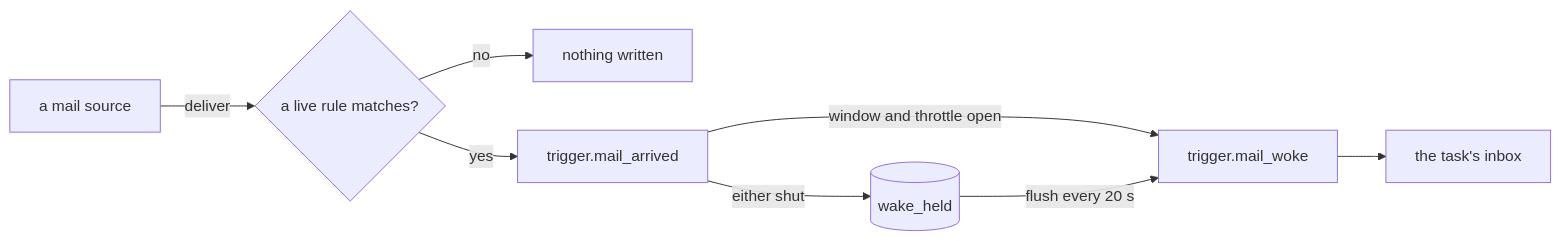
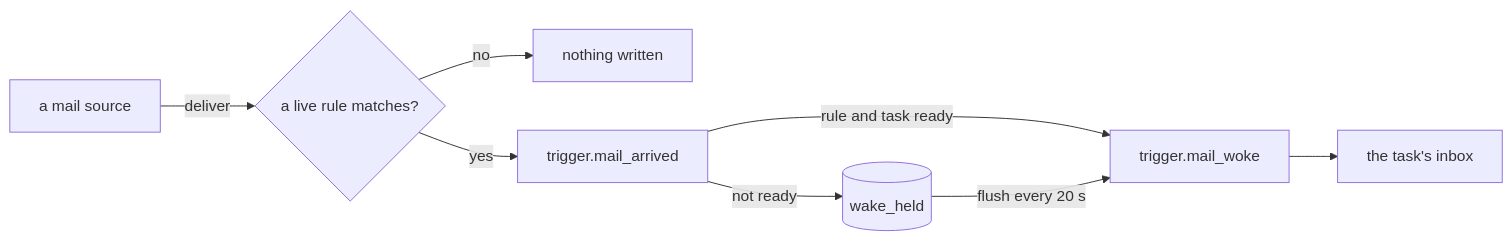
One commit to zgeoff/nixie changed the diagram in docs/design/queue/mail/wake-rules.md. Above: the diagram before and after it, drawn with Mermaid. The commit also changed other lines of this file and 3 other files, not shown here.

````diff
--- a/docs/design/queue/mail/wake-rules.md
+++ b/docs/design/queue/mail/wake-rules.md
@@ -14,10 +15,10 @@
 ```mermaid
 flowchart LR
   src[a mail source] -->|"deliver"| match{a live rule matches?}
   match -->|"no"| none[nothing written]
   match -->|"yes"| arrived[trigger.mail_arrived]
-  arrived -->|"window and throttle open"| woke[trigger.mail_woke]
-  arrived -->|"either shut"| held[(wake_held)]
+  arrived -->|"rule and task ready"| woke[trigger.mail_woke]
+  arrived -->|"not ready"| held[(wake_held)]
   held -->|"flush every 20 s"| woke
   woke --> inbox[the task's inbox]
 ```
````
